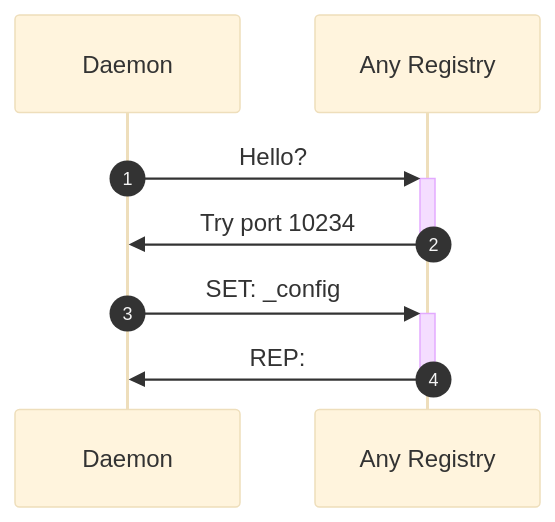
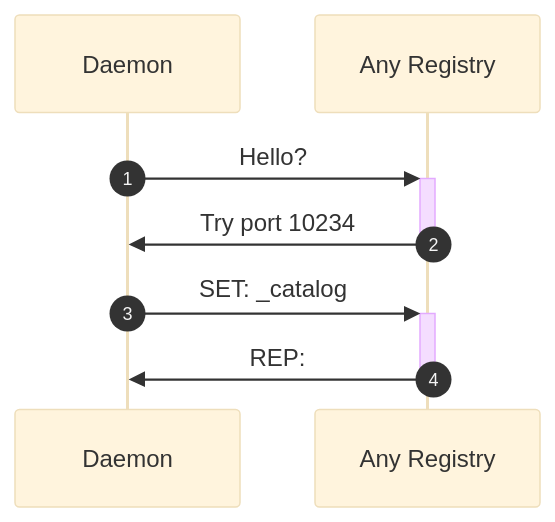
The diagram in doc/protocol_discover_daemon.mmd (KeckObservatory/mKTL), drawn with Mermaid (base theme) before and after one commit. The commit also changed 3 other files, not shown here.

Commit message:
_config is now _catalog.

```diff
--- a/doc/protocol_discover_daemon.mmd
+++ b/doc/protocol_discover_daemon.mmd
@@ -1,10 +1,10 @@
 sequenceDiagram
     autonumber
     Participant Daemon
     Participant Registry as Any Registry
 
     Daemon->>+Registry: Hello?
     Registry->>-Daemon: Try port 10234
 
-    Daemon->>+Registry: SET: _config
+    Daemon->>+Registry: SET: _catalog
     Registry->>-Daemon: REP:
```
